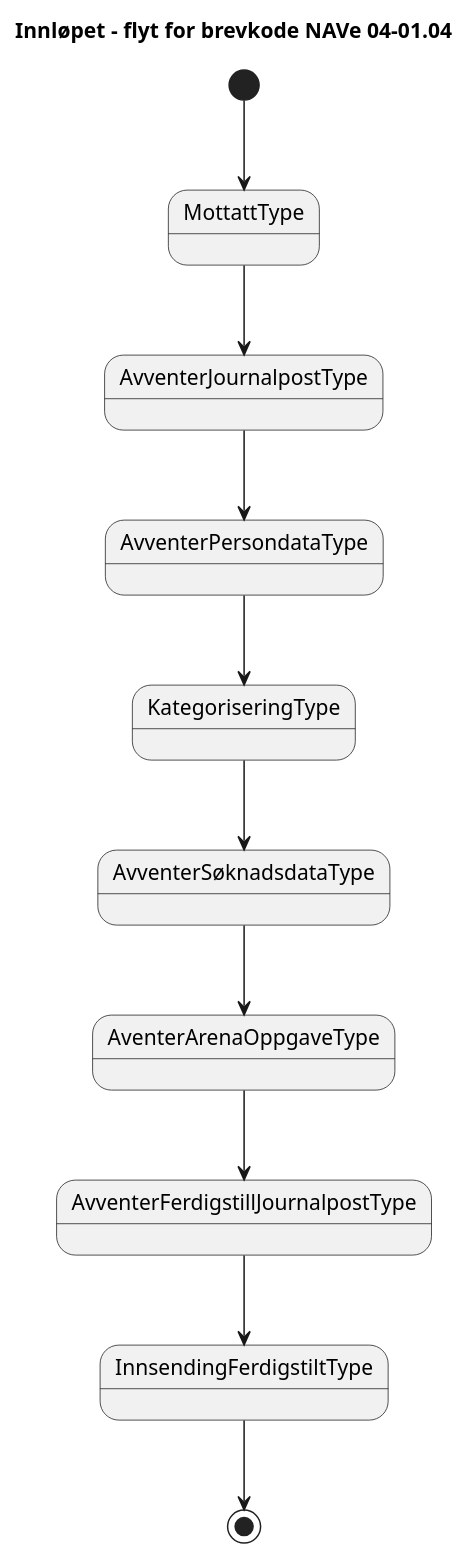
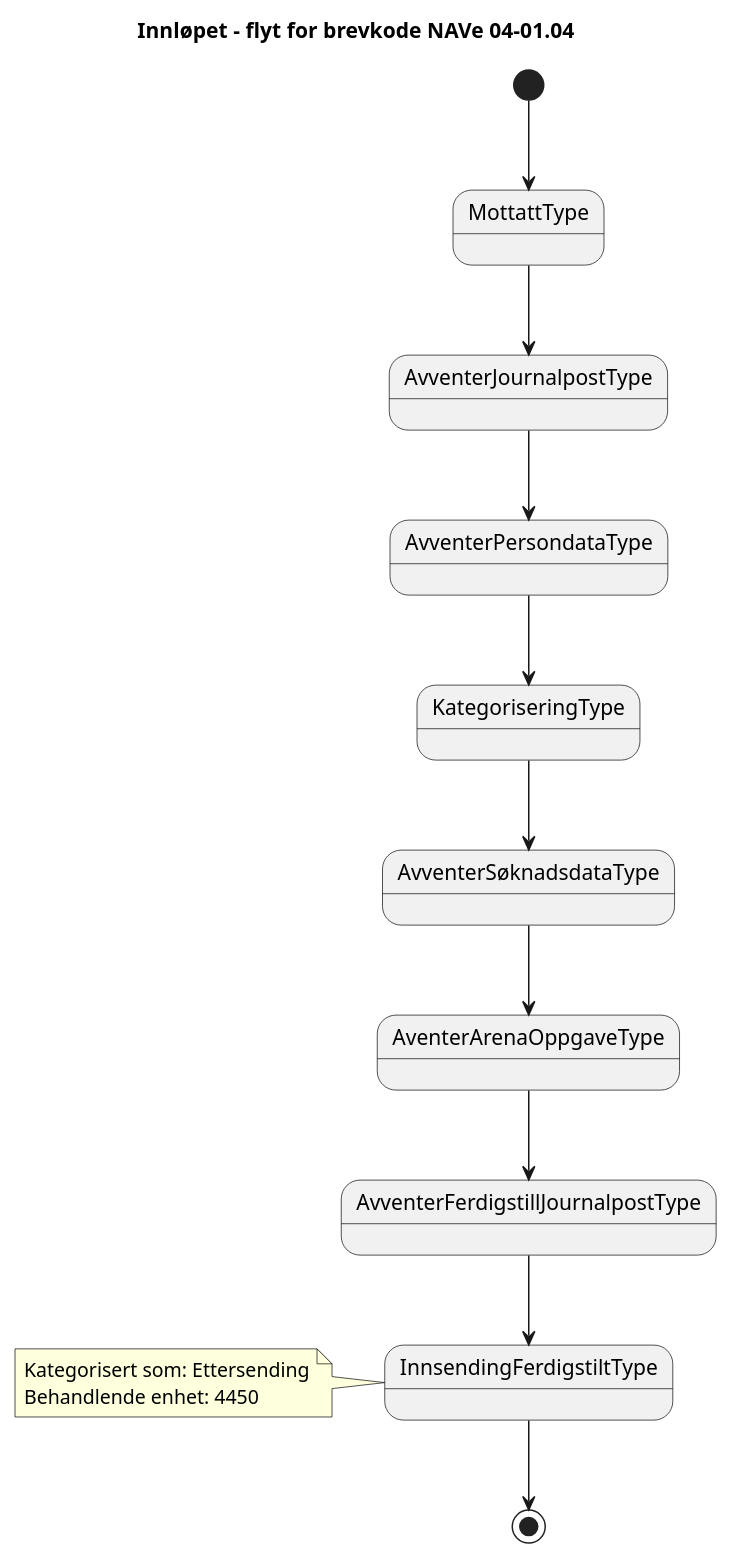
Before and after one commit to navikt/dp-mottak: the diagram in docs/arkitektur/tilstander/NAVe 04-01.04.approved.puml, drawn with PlantUML. The commit also changed 17 other files, not shown here.

```diff
--- a/docs/arkitektur/tilstander/NAVe 04-01.04.approved.puml
+++ b/docs/arkitektur/tilstander/NAVe 04-01.04.approved.puml
@@ -1,14 +1,18 @@
 @startuml
 title 
 Innløpet – flyt for brevkode NAVe 04-01.04
 end title           
-[*]-->MottattType 
+[*]-->MottattType
 MottattType --> AvventerJournalpostType
 AvventerJournalpostType --> AvventerPersondataType
 AvventerPersondataType --> KategoriseringType
 KategoriseringType --> AvventerSøknadsdataType
 AvventerSøknadsdataType --> AventerArenaOppgaveType
 AventerArenaOppgaveType --> AvventerFerdigstillJournalpostType
 AvventerFerdigstillJournalpostType --> InnsendingFerdigstiltType
 InnsendingFerdigstiltType--> [*]
+note left of InnsendingFerdigstiltType
+Kategorisert som: Ettersending
+Behandlende enhet: 4450  
+end note
 @enduml
```
